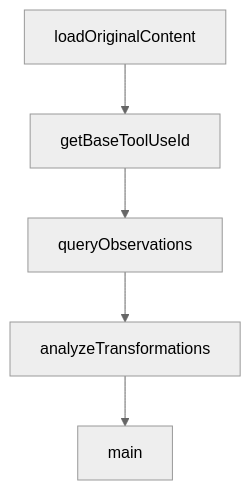
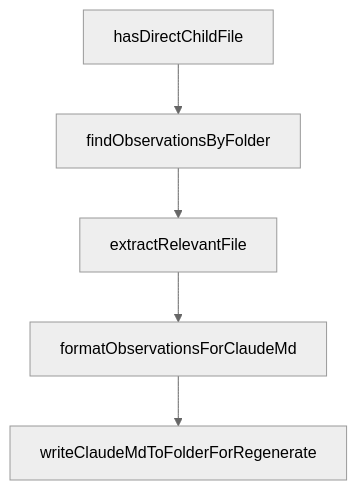
One commit to johnxie/awesome-code-docs changed the diagram in tutorials/claude-mem-tutorial/05-search-tools-and-progressive-disclosure.md. Above: the diagram before and after it, drawn with Mermaid (neutral theme). The commit also changed other lines of this file and 1232 other files, not shown here.

````diff
--- a/tutorials/claude-mem-tutorial/05-search-tools-and-progressive-disclosure.md
+++ b/tutorials/claude-mem-tutorial/05-search-tools-and-progressive-disclosure.md
@@ -220,12 +218,12 @@
 ```mermaid
 flowchart TD
-    A[loadOriginalContent]
-    B[getBaseToolUseId]
-    C[queryObservations]
-    D[analyzeTransformations]
-    E[main]
+    A[hasDirectChildFile]
+    B[findObservationsByFolder]
+    C[extractRelevantFile]
+    D[formatObservationsForClaudeMd]
+    E[writeClaudeMdToFolderForRegenerate]
     A --> B
     B --> C
     C --> D
     D --> E
 ```
````
